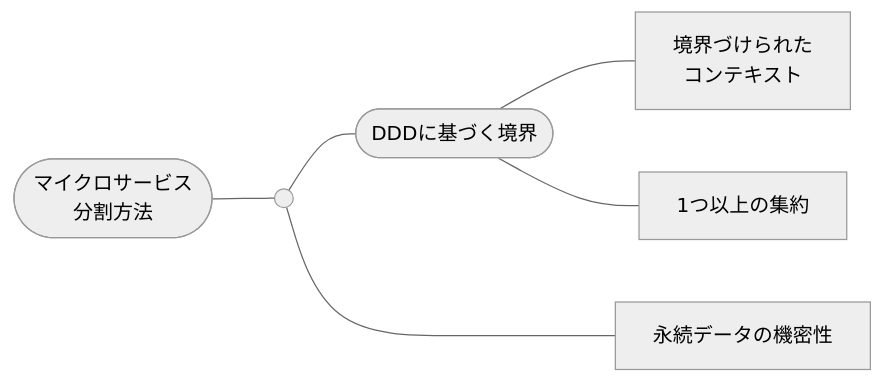
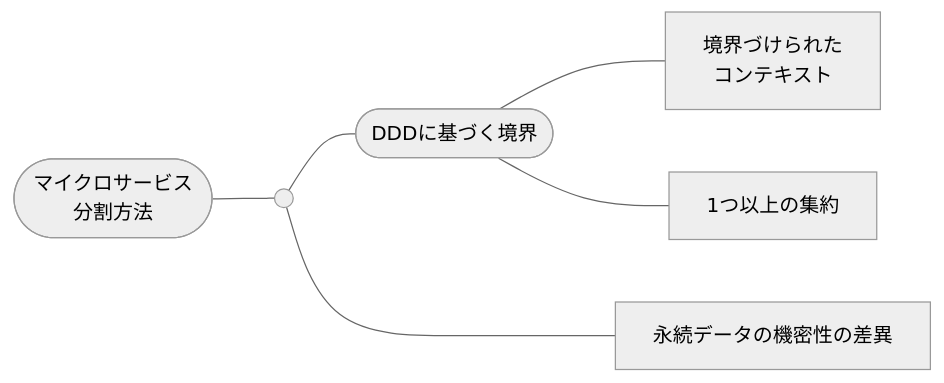
Before and after one commit to hiroki-it/tech-notebook: the seventh of 24 diagrams in docs/software/draft/software_application_architecture_microservices_cloudnative.md, drawn with Mermaid (neutral theme). The commit also changed other lines of this file, not shown here.

Commit message:
update ノートを更新した。

````diff
--- a/docs/software/draft/software_application_architecture_microservices_cloudnative.md
+++ b/docs/software/draft/software_application_architecture_microservices_cloudnative.md
@@ -697,9 +697,9 @@
 ```mermaid
 flowchart LR
   マイクロサービス分割方法([マイクロサービス<br>分割方法]) --- マイクロサービス分割方法の基点(( ))
   マイクロサービス分割方法の基点 --- DDDに基づく境界([DDDに基づく境界])
   DDDに基づく境界 --- 境界づけられたコンテキスト[境界づけられた<br>コンテキスト]
   DDDに基づく境界 --- 1つ以上のルートエンティティ群[1つ以上の集約]
-  マイクロサービス分割方法の基点 ---- 永続データの機密性
+  マイクロサービス分割方法の基点 ---- 永続データの機密性の差異
 
 ```
````
